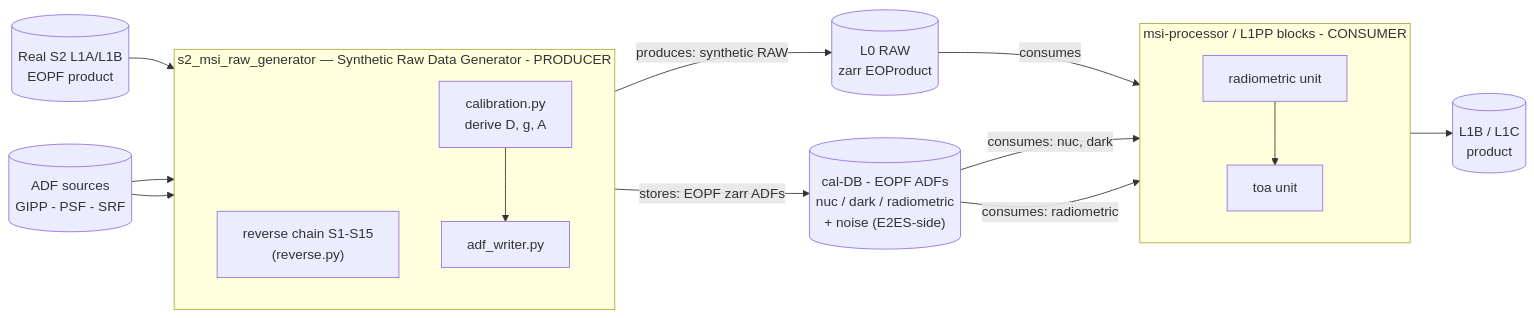
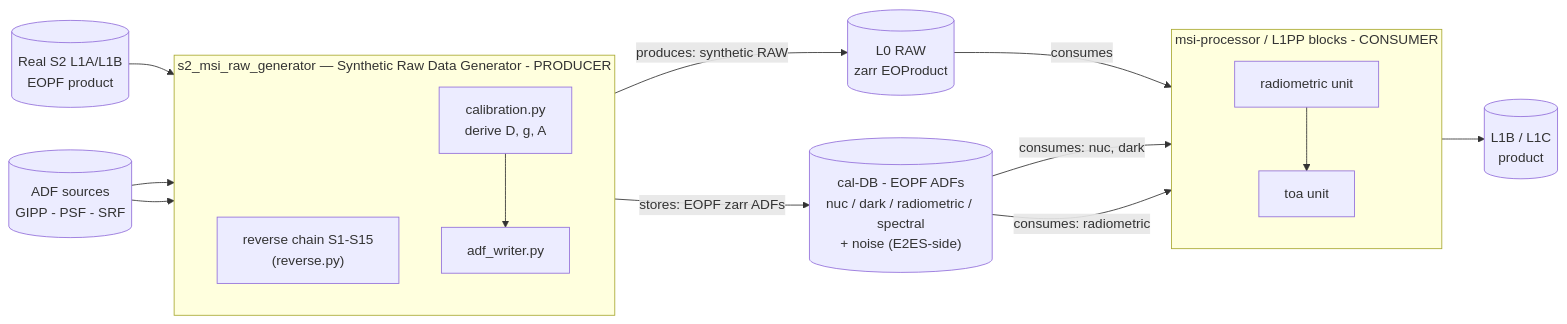
One commit to AstroCan17/s2-msi-raw-generator changed the diagram in README.md. Above: the diagram before and after it, drawn with Mermaid. The commit also changed other lines of this file and 8 other files, not shown here.

````diff
--- a/README.md
+++ b/README.md
@@ -25,28 +25,28 @@
 ```mermaid
 flowchart LR
     IN[("Real S2 L1A/L1B<br/>EOPF product")]
     ADFsrc[("ADF sources<br/>GIPP - PSF - SRF")]
     subgraph GEN["s2_msi_raw_generator — Synthetic Raw Data Generator - PRODUCER"]
         direction TB
         REV["reverse chain S1-S15<br/>(reverse.py)"]
         CAL["calibration.py<br/>derive D, g, A"]
         ADFW["adf_writer.py"]
     end
     L0[("L0 RAW<br/>zarr EOProduct")]
-    CALDB[("cal-DB - EOPF ADFs<br/>nuc / dark / radiometric<br/>+ noise (E2ES-side)")]
+    CALDB[("cal-DB - EOPF ADFs<br/>nuc / dark / radiometric / spectral<br/>+ noise (E2ES-side)")]
     subgraph PROC["msi-processor / L1PP blocks - CONSUMER"]
         direction TB
         RAD["radiometric unit"]
         TOA["toa unit"]
     end
     L1[("L1B / L1C<br/>product")]
     IN --> REV
     ADFsrc --> REV
     ADFsrc --> CAL
     REV -->|"produces: synthetic RAW"| L0
     CAL --> ADFW -->|"stores: EOPF zarr ADFs"| CALDB
     L0 -->|"consumes"| RAD
     CALDB -->|"consumes: nuc, dark"| RAD
     CALDB -->|"consumes: radiometric"| TOA
     RAD --> TOA --> L1
 ```
````
